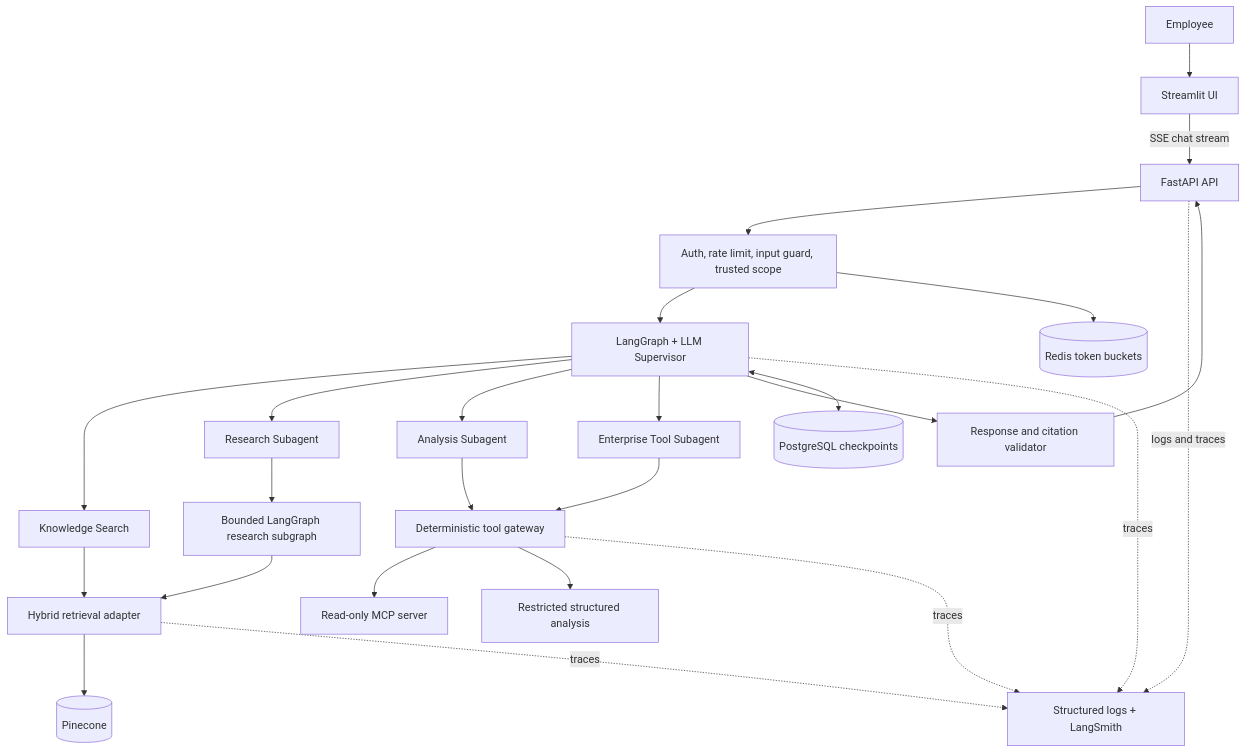
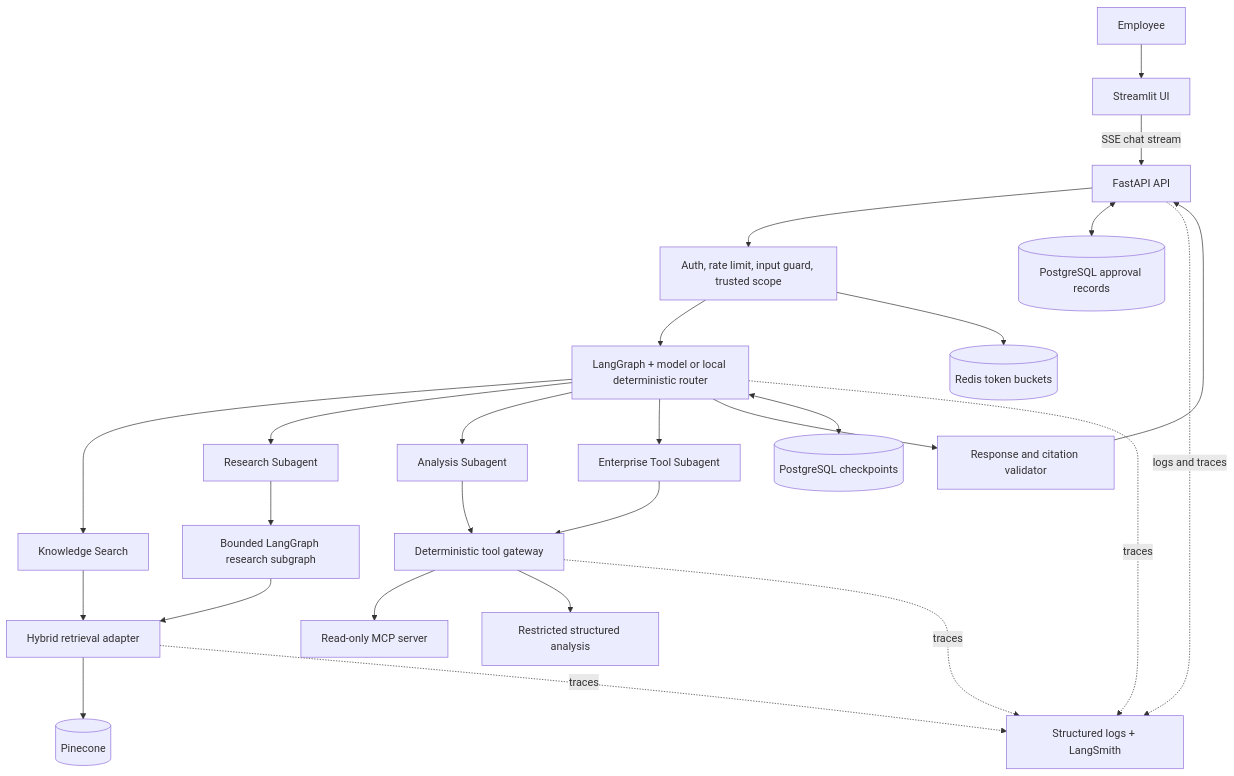
Before and after one commit to wssranjula/Orysys-Assistant: the diagram in docs/architecture.md, drawn with Mermaid. The commit also changed other lines of this file and 17 other files, not shown here.

````diff
--- a/docs/architecture.md
+++ b/docs/architecture.md
@@ -5,27 +5,28 @@
 ```mermaid
 flowchart TD
     Employee --> UI[Streamlit UI]
     UI -->|SSE chat stream| API[FastAPI API]
     API --> Controls[Auth, rate limit, input guard, trusted scope]
-    Controls --> Root[LangGraph + LLM Supervisor]
+    Controls --> Root[LangGraph + model or local deterministic router]
     Root --> Search[Knowledge Search]
     Root --> Research[Research Subagent]
     Root --> Analysis[Analysis Subagent]
     Root --> Enterprise[Enterprise Tool Subagent]
     Research --> RLM[Bounded LangGraph research subgraph]
     Search --> Retrieval[Hybrid retrieval adapter]
     RLM --> Retrieval
     Retrieval --> Pinecone[(Pinecone)]
     Analysis --> Gateway[Deterministic tool gateway]
     Enterprise --> Gateway
     Gateway --> MCP[Read-only MCP server]
     Gateway --> Structured[Restricted structured analysis]
     Root --> Output[Response and citation validator]
     Output --> API
     Root <--> Memory[(PostgreSQL checkpoints)]
+    API <--> Approvals[(PostgreSQL approval records)]
     Controls --> Redis[(Redis token buckets)]
     API -. logs and traces .-> Observability[Structured logs + LangSmith]
     Root -. traces .-> Observability
     Retrieval -. traces .-> Observability
     Gateway -. traces .-> Observability
 ```
````
